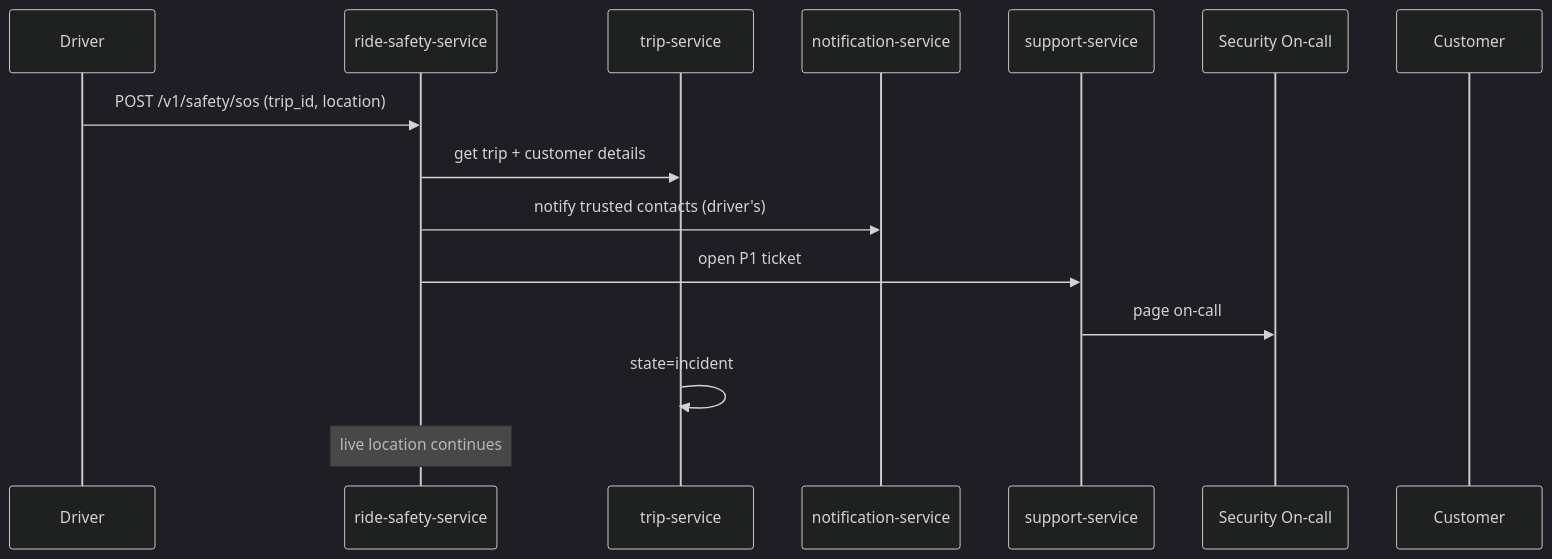
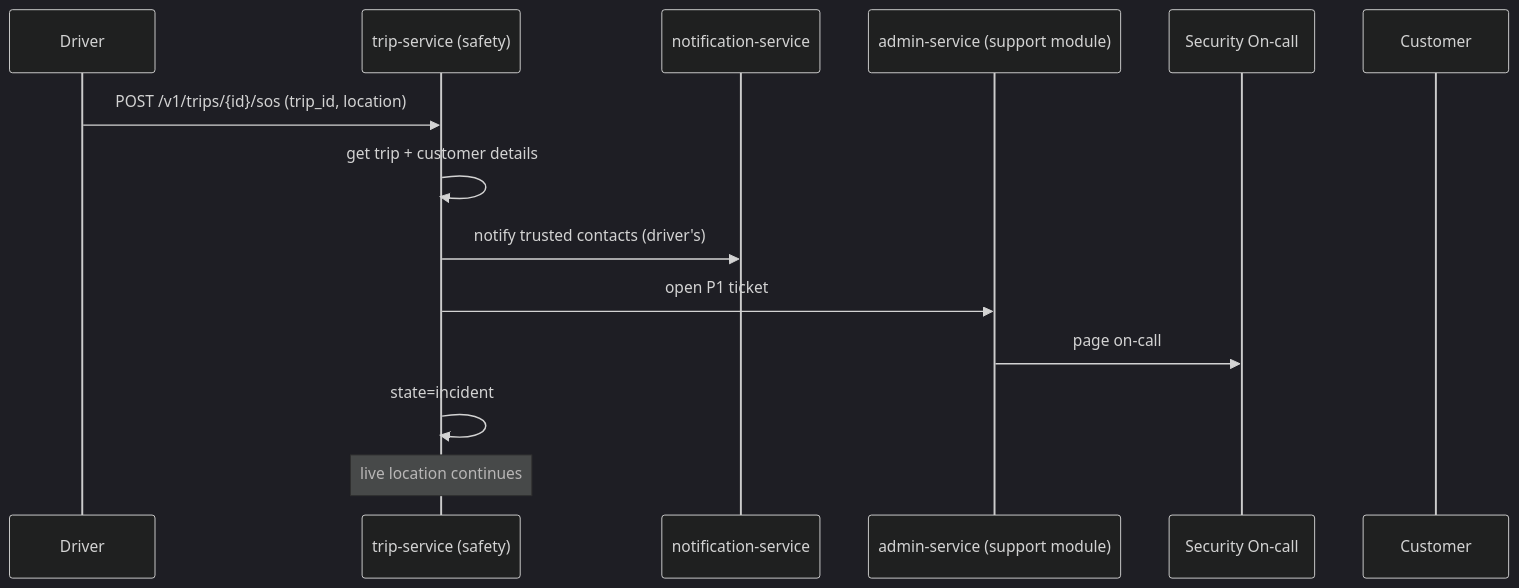
The second of 10 diagrams in docs/workflows/SAFETY_WORKFLOWS.md (mohamedhabibwork/trips-enjoy-docs), drawn with Mermaid (dark theme) before and after one commit. The commit also changed other lines of this file and 525 other files, not shown here.

````diff
--- a/docs/workflows/SAFETY_WORKFLOWS.md
+++ b/docs/workflows/SAFETY_WORKFLOWS.md
@@ -35,18 +39,17 @@
 ```mermaid
 sequenceDiagram
     participant DR as Driver
-    participant RS as ride-safety-service
-    participant TR as trip-service
+    participant TR as trip-service (safety)
     participant NOT as notification-service
-    participant SUP as support-service
+    participant ADM as admin-service (support module)
     participant SEC as Security On-call
     participant C as Customer
 
-    DR->>RS: POST /v1/safety/sos (trip_id, location)
-    RS->>TR: get trip + customer details
-    RS->>NOT: notify trusted contacts (driver's)
-    RS->>SUP: open P1 ticket
-    SUP->>SEC: page on-call
+    DR->>TR: POST /v1/trips/{id}/sos (trip_id, location)
+    TR->>TR: get trip + customer details
+    TR->>NOT: notify trusted contacts (driver's)
+    TR->>ADM: open P1 ticket
+    ADM->>SEC: page on-call
     TR->>TR: state=incident
-    Note over RS: live location continues
+    Note over TR: live location continues
 ```
````
